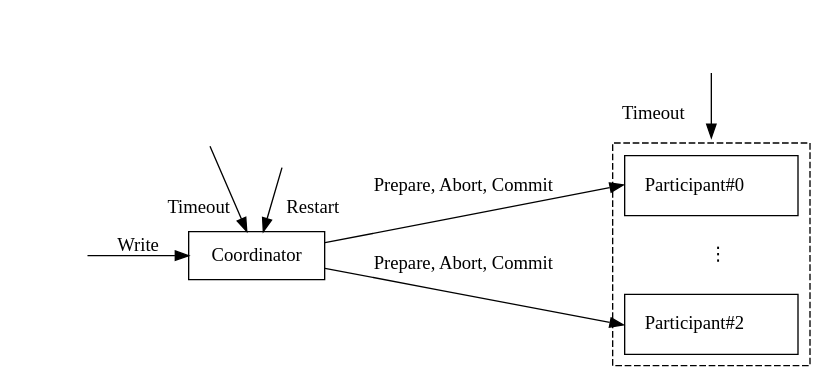
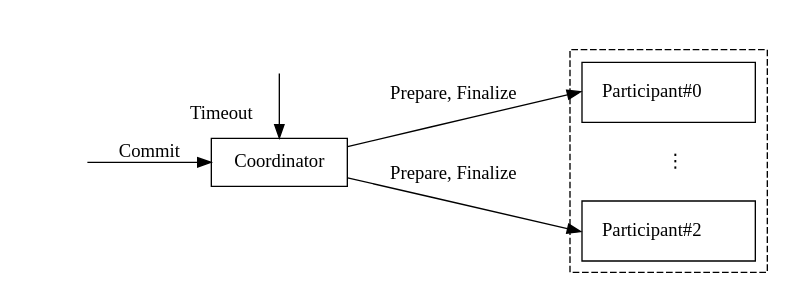
One commit to fizzbee-io/website changed the third of 5 diagrams in content/examples/two_phase_commit_actors.md. Above: the diagram before and after it, drawn with Graphviz. The commit also changed other lines of this file, not shown here.

Commit message:
Update two phase commit actor model tutorial (#51)

```diff
--- a/content/examples/two_phase_commit_actors.md
+++ b/content/examples/two_phase_commit_actors.md
@@ -305,29 +784,22 @@
 {{% graphviz %}}
 digraph G {
   node [shape=box];
   splines=false;
   rankdir=LR;
   "Participant" [shape=none label=<<table cellpadding="14" cellspacing="8" style="dashed">
       <tr><td port="p0">Participant#0</td></tr>
       <tr><td port="p1" border="0">&#x022EE;</td></tr>
       <tr><td port="p2">Participant#2</td></tr>
       </table>>]
-  "Coordinator" -> "Participant":p0 [label="Prepare, Abort, Commit"];
-  "Coordinator" -> "Participant":p2 [label="Prepare, Abort, Commit"];
-  "FairActionParticipant" [shape=none label=<<table cellpadding="14" cellspacing="8" style="invisible"><tr>
-      <td port="Timeout"></td>
-      </tr></table>>]
-  { rank=same; "Participant"; "FairActionParticipant"; }
-  "FairActionParticipant":Timeout -> "Participant" [label="Timeout"];
-  "actionCoordinatorWrite" [label="" shape="none"]
-  "actionCoordinatorWrite" -> "Coordinator" [label="Write"];
+  "Coordinator" -> "Participant":p0 [label="Prepare, Finalize"];
+  "Coordinator" -> "Participant":p2 [label="Prepare, Finalize"];
+  "actionCoordinatorCommit" [label="" shape="none"]
+  "actionCoordinatorCommit" -> "Coordinator" [label="Commit"];
   "FairActionCoordinator" [shape=none label=<<table cellpadding="14" cellspacing="8" style="invisible"><tr>
       <td port="Timeout"></td>
-      <td port="Restart"></td>
       </tr></table>>]
   { rank=same; "Coordinator"; "FairActionCoordinator"; }
   "FairActionCoordinator":Timeout -> "Coordinator" [label="Timeout"];
-  "FairActionCoordinator":Restart -> "Coordinator" [label="Restart"];
 }
 
 {{% /graphviz %}}
```
